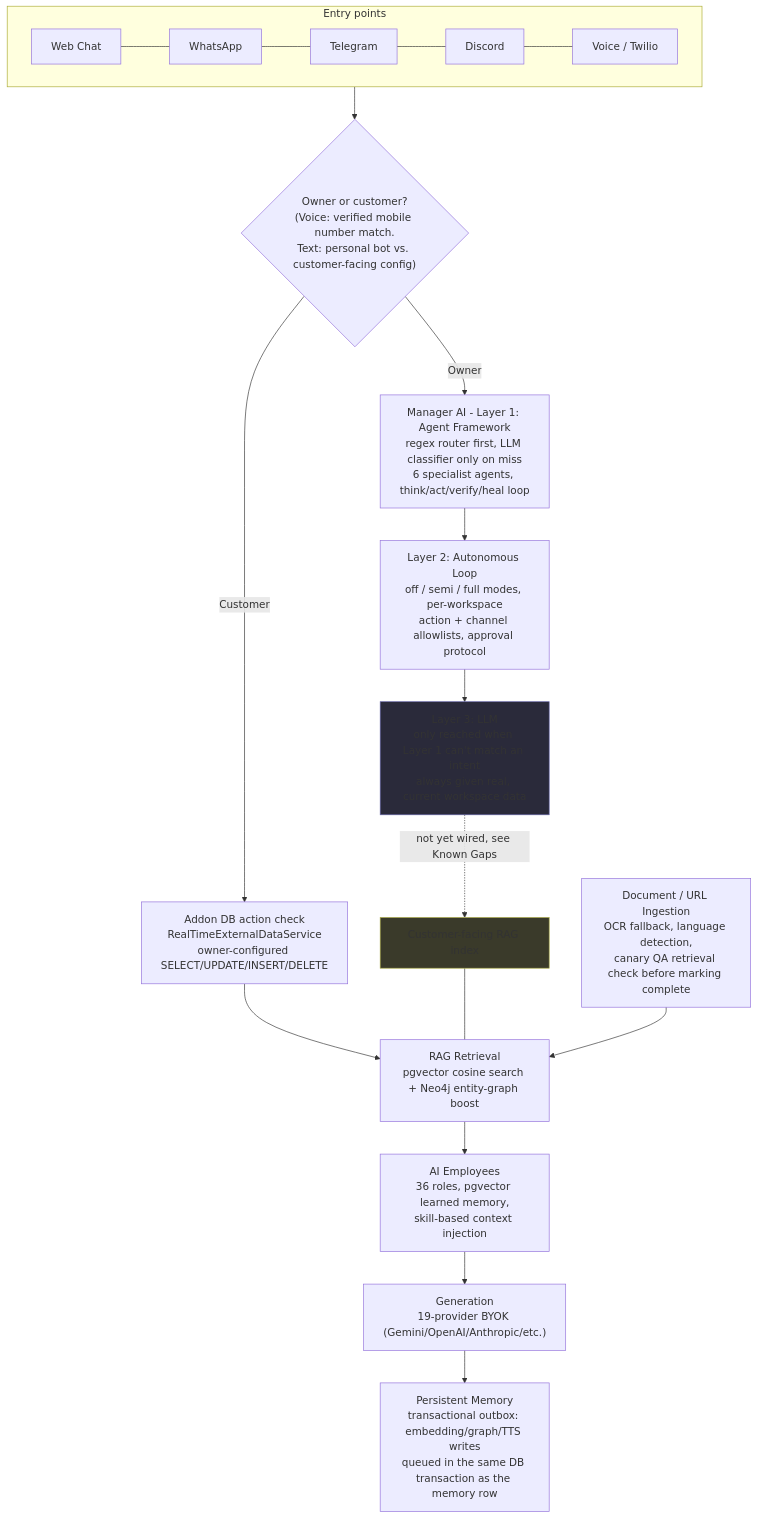
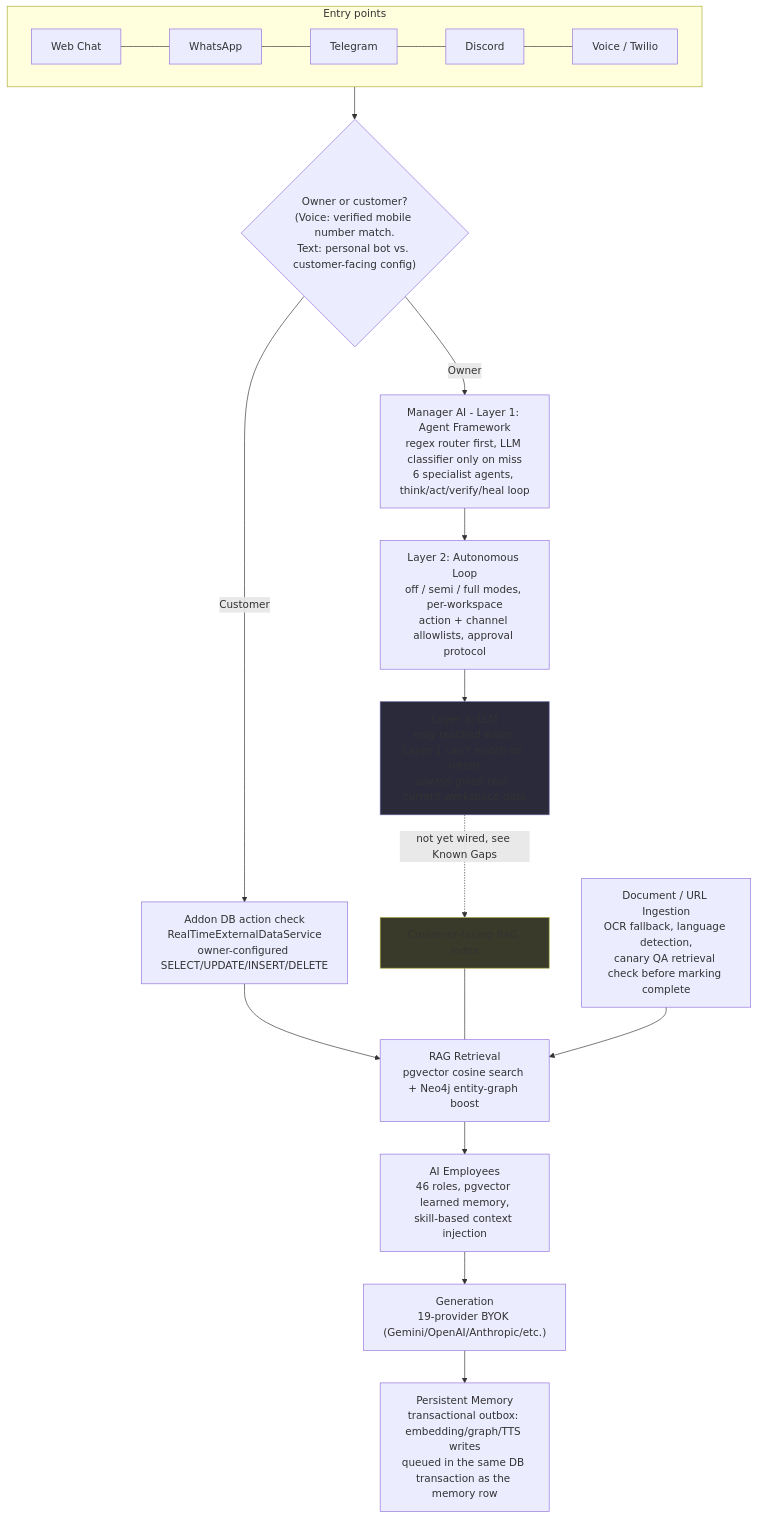
The second of 9 diagrams in README.md (antonyrag/ragleap-core), drawn with Mermaid before and after one commit. The commit also changed other lines of this file, not shown here.

````diff
--- a/README.md
+++ b/README.md
@@ -253,27 +253,27 @@
 ```mermaid
 flowchart TD
     subgraph Channels["Entry points"]
         Web[Web Chat] --- WA[WhatsApp] --- TG[Telegram] --- DC[Discord] --- Vc[Voice / Twilio]
     end
 
     Channels --> Router{"Owner or customer?<br/>(Voice: verified mobile number match.<br/>Text: personal bot vs. customer-facing config)"}
 
     Router -->|Owner| MgrL1["Manager AI - Layer 1: Agent Framework<br/>regex router first, LLM classifier only on miss<br/>6 specialist agents, think/act/verify/heal loop"]
     MgrL1 --> MgrL2["Layer 2: Autonomous Loop<br/>off / semi / full modes, per-workspace<br/>action + channel allowlists, approval protocol"]
     MgrL2 --> MgrL3["Layer 3: LLM<br/>only reached when Layer 1 can't match an intent<br/>always given real, current workspace data"]
     MgrL3 -.->|not yet wired, see Known Gaps| RAGShared["Customer-facing RAG index"]
 
     Router -->|Customer| Addon["Addon DB action check<br/>RealTimeExternalDataService<br/>owner-configured SELECT/UPDATE/INSERT/DELETE"]
     Addon --> RAG["RAG Retrieval<br/>pgvector cosine search + Neo4j entity-graph boost"]
     RAGShared --- RAG
 
-    RAG --> Employees["AI Employees<br/>36 roles, pgvector learned memory,<br/>skill-based context injection"]
+    RAG --> Employees["AI Employees<br/>46 roles, pgvector learned memory,<br/>skill-based context injection"]
     Employees --> Gen["Generation<br/>19-provider BYOK (Gemini/OpenAI/Anthropic/etc.)"]
 
     Gen --> Mem["Persistent Memory<br/>transactional outbox: embedding/graph/TTS writes<br/>queued in the same DB transaction as the memory row"]
 
     Ingest["Document / URL Ingestion<br/>OCR fallback, language detection,<br/>canary QA retrieval check before marking complete"] --> RAG
 
     style MgrL3 fill:#2a2a3a,stroke:#66a
     style RAGShared fill:#3a3a2a,stroke:#aa4
 ```
````
